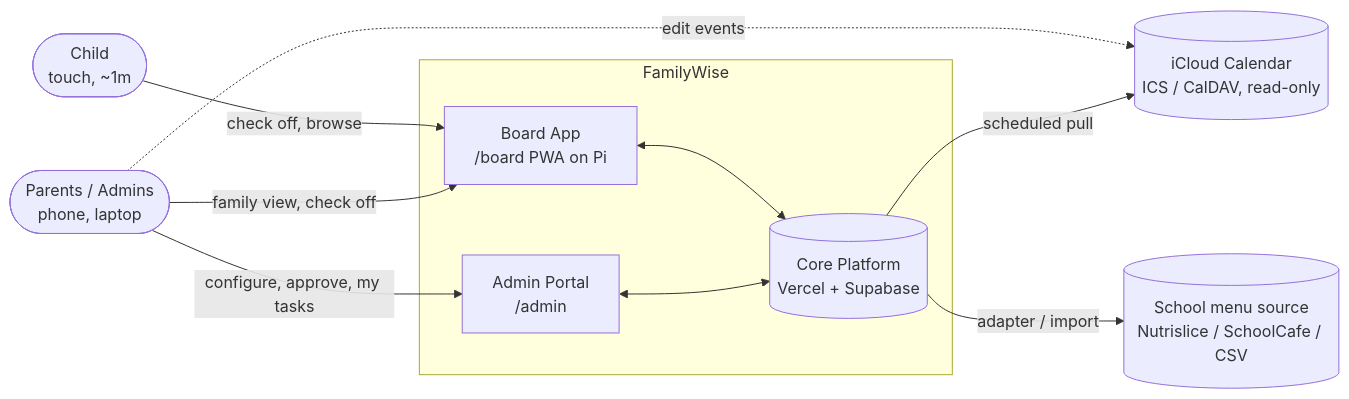
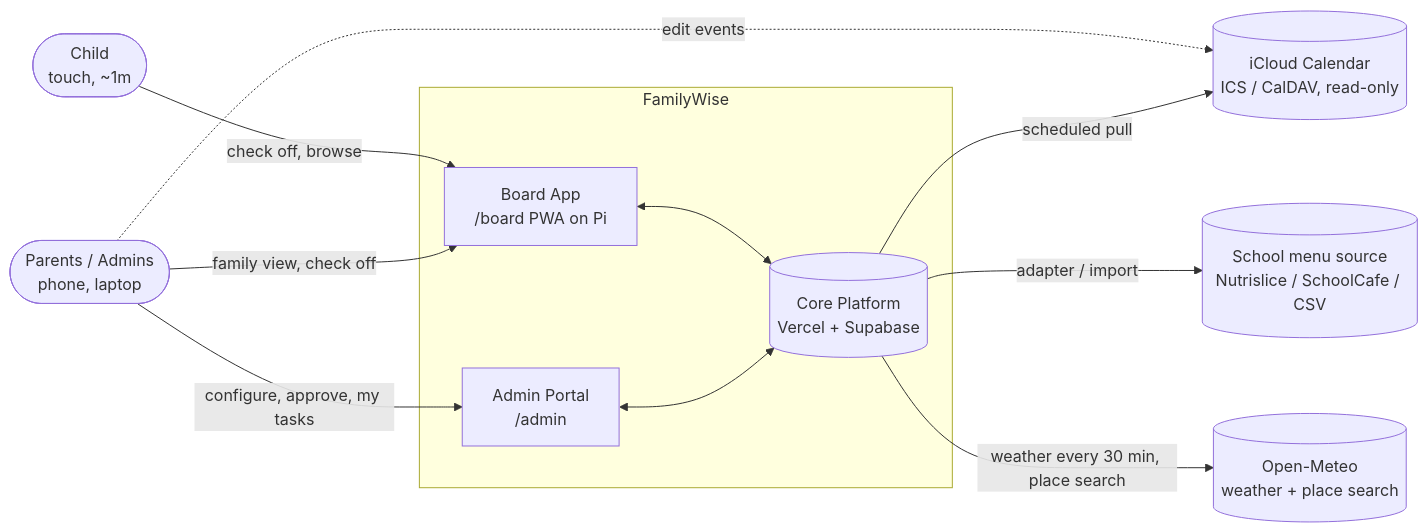
Before and after one commit to mronan83/Family-Hub: the first of 12 diagrams in docs/01-technical-architecture.md, drawn with Mermaid. The commit also changed other lines of this file and 33 other files, not shown here.

````diff
--- a/docs/01-technical-architecture.md
+++ b/docs/01-technical-architecture.md
@@ -68,23 +69,25 @@
 ```mermaid
 flowchart LR
   kid(["Child<br/>touch, ~1m"])
   parents(["Parents / Admins<br/>phone, laptop"])
 
   subgraph HB["FamilyWise"]
     board["Board App<br/>/board PWA on Pi"]
     admin["Admin Portal<br/>/admin"]
     core[("Core Platform<br/>Vercel + Supabase")]
     board <--> core
     admin <--> core
   end
 
   apple[("iCloud Calendar<br/>ICS / CalDAV, read-only")]
   menu[("School menu source<br/>Nutrislice / SchoolCafe / CSV")]
+  meteo[("Open-Meteo<br/>weather + place search")]
 
   kid -->|"check off, browse"| board
   parents -->|"configure, approve, my tasks"| admin
   parents -->|"family view, check off"| board
   parents -.->|"edit events"| apple
   core -->|"scheduled pull"| apple
   core -->|"adapter / import"| menu
+  core -->|"weather every 30 min, place search"| meteo
 ```
````
